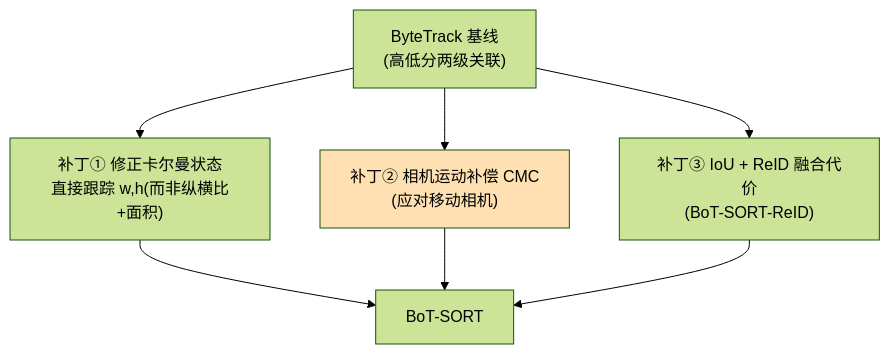
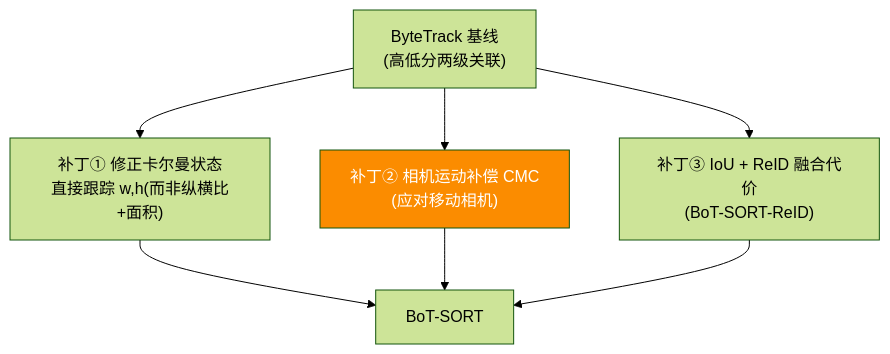
One commit to yyq19990828/onnxtools changed the first of 4 diagrams in docs/guides/tracking/botsort.md. Above: the diagram before and after it, drawn with Mermaid (forest theme). The commit also changed other lines of this file and 12 other files, not shown here.

First line of the commit message:
fix(docs): 修复 mermaid 暗色模式配色 + 语法报错 + 数学公式渲染

````diff
--- a/docs/guides/tracking/botsort.md
+++ b/docs/guides/tracking/botsort.md
@@ -11,11 +11,11 @@
 ```mermaid
 graph TD
     BT["ByteTrack 基线<br/>(高低分两级关联)"]
     BT --> P1["补丁① 修正卡尔曼状态<br/>直接跟踪 w,h(而非纵横比+面积)"]
     BT --> P2["补丁② 相机运动补偿 CMC<br/>(应对移动相机)"]
     BT --> P3["补丁③ IoU + ReID 融合代价<br/>(BoT-SORT-ReID)"]
     P1 --> OUT["BoT-SORT"]
     P2 --> OUT
     P3 --> OUT
-    style P2 fill:#ffe0b2
+    style P2 fill:#fb8c00,color:#fff
 ```
````
